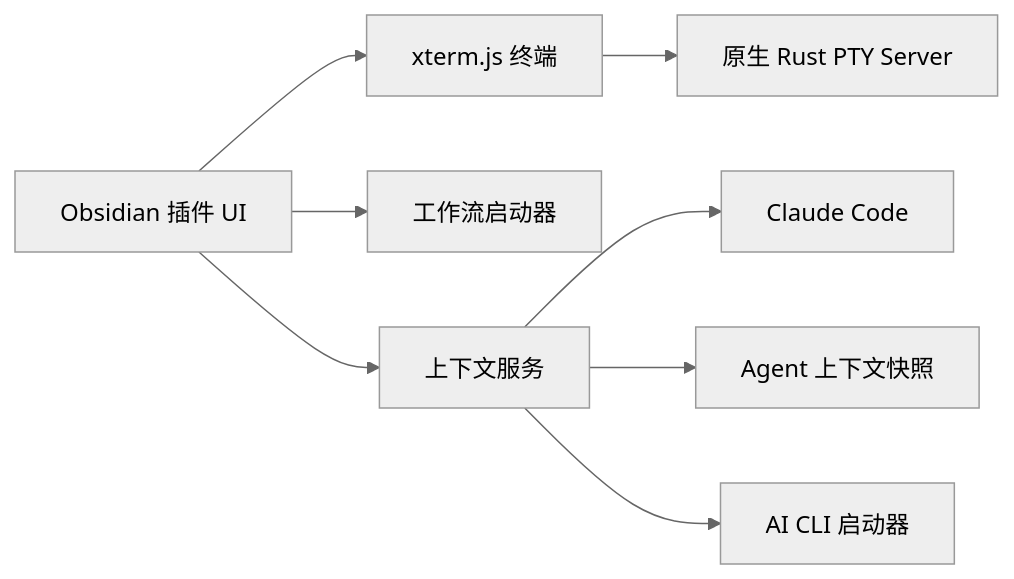
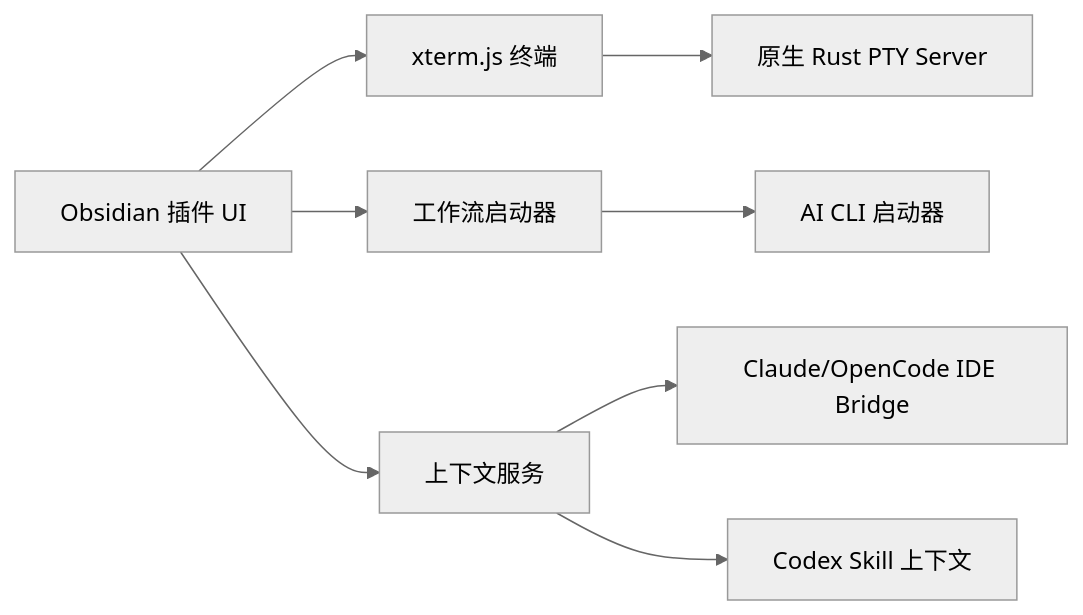
Before and after one commit to ZyphrZero/Termy: the diagram in README_ZH.md, drawn with Mermaid (neutral theme). The commit also changed other lines of this file and 11 other files, not shown here.

````diff
--- a/README_ZH.md
+++ b/README_ZH.md
@@ -200,10 +200,10 @@
 ```mermaid
 graph LR
   A[Obsidian 插件 UI] --> B[xterm.js 终端]
   B --> C[原生 Rust PTY Server]
   A --> D[工作流启动器]
   A --> E[上下文服务]
-  E --> F[Claude Code]
-  E --> G[Agent 上下文快照]
-  E --> H[AI CLI 启动器]
+  E --> F[Claude/OpenCode IDE Bridge]
+  E --> G[Codex Skill 上下文]
+  D --> H[AI CLI 启动器]
 ```
````
